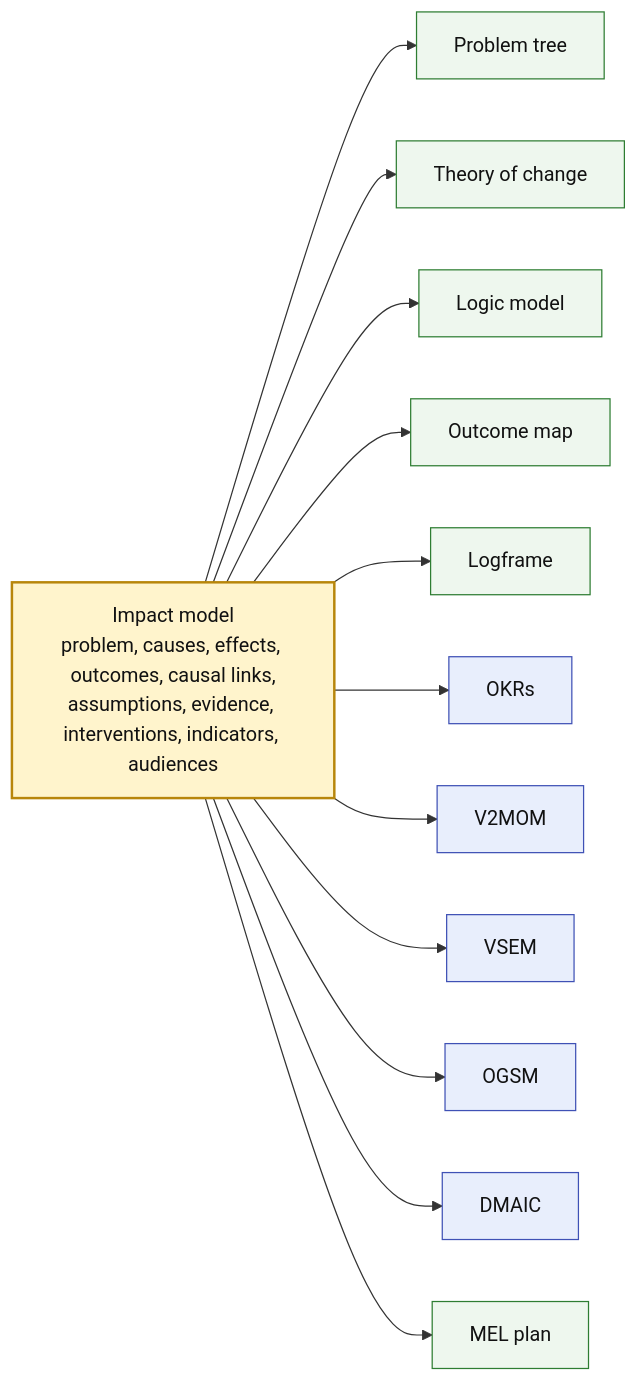
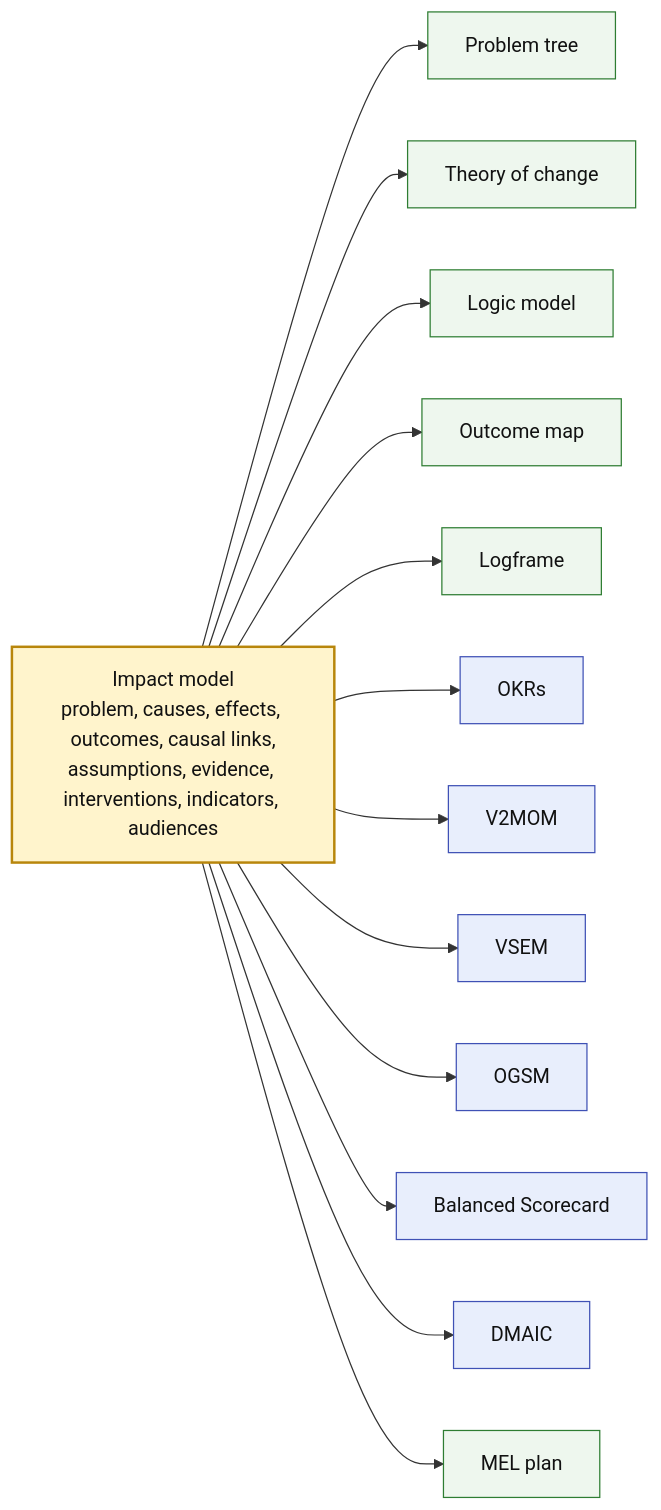
Before and after one commit to ProductBuildersHQ/impact-model: the first of 4 diagrams in docs/index.md, drawn with Mermaid. The commit also changed other lines of this file and 12 other files, not shown here.

First line of the commit message:
docs: add the Balanced Scorecard export guide and changelog entry

````diff
--- a/docs/index.md
+++ b/docs/index.md
@@ -19,19 +19,20 @@
 ```mermaid
 flowchart LR
   classDef model fill:#fff4cc,stroke:#b8860b,stroke-width:2px,color:#111
   classDef method fill:#eef7ee,stroke:#2e7d32,color:#111
   classDef strategy fill:#e8eefc,stroke:#3f51b5,color:#111
 
   im["Impact model<br/>problem, causes, effects, outcomes, causal links,<br/>assumptions, evidence, interventions, indicators, audiences"]:::model
   im --> pt["Problem tree"]:::method
   im --> toc["Theory of change"]:::method
   im --> lm["Logic model"]:::method
   im --> om["Outcome map"]:::method
   im --> lf["Logframe"]:::method
   im --> okr["OKRs"]:::strategy
   im --> v2["V2MOM"]:::strategy
   im --> vs["VSEM"]:::strategy
   im --> og["OGSM"]:::strategy
+  im --> bs["Balanced Scorecard"]:::strategy
   im --> dm["DMAIC"]:::strategy
   im --> ml["MEL plan"]:::method
 ```
````
